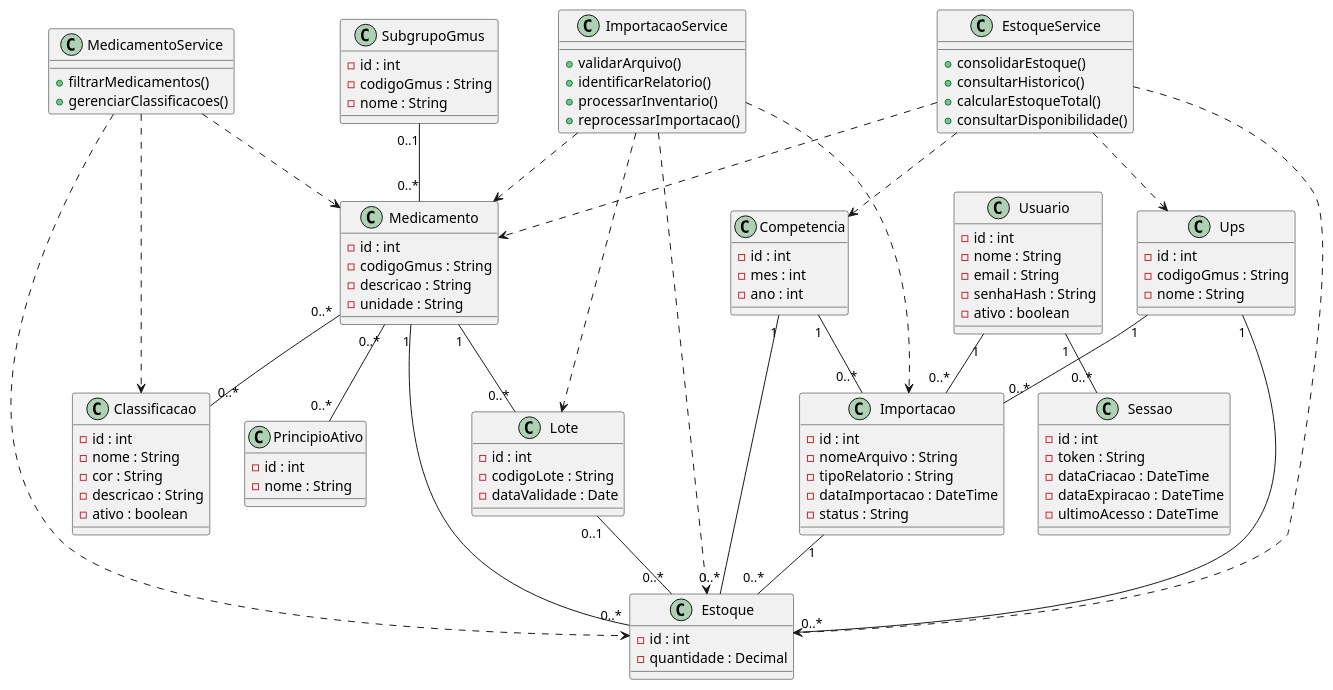
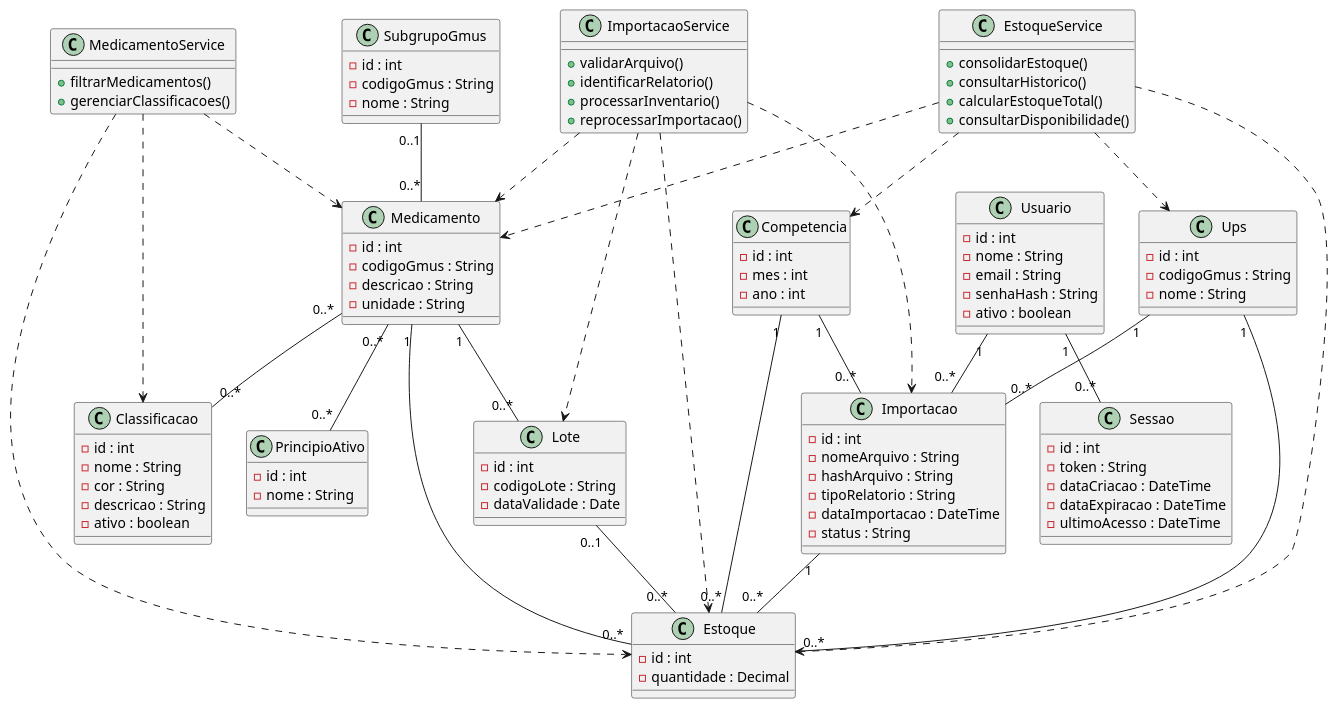
One commit to mariaclarapp/stockflow changed the diagram in docs/diagramas/classes/diagrama-classes.puml. Above: the diagram before and after it, drawn with PlantUML. The commit also changed 12 other files, not shown here.

```diff
--- a/docs/diagramas/classes/diagrama-classes.puml
+++ b/docs/diagramas/classes/diagrama-classes.puml
@@ -1,126 +1,127 @@
 @startuml
 class Medicamento {
   - id : int
   - codigoGmus : String
   - descricao : String
   - unidade : String
 }
 
 class SubgrupoGmus {
   - id : int
   - codigoGmus : String
   - nome : String
 }
 
 class PrincipioAtivo {
   - id : int
   - nome : String
 }
 
 class Classificacao {
   - id : int
   - nome : String
   - cor : String
   - descricao : String
   - ativo : boolean
 }
 
 class Ups {
   - id : int
   - codigoGmus : String
   - nome : String
 }
 
 class Competencia {
   - id : int
   - mes : int
   - ano : int
 }
 
 class Lote {
   - id : int
   - codigoLote : String
   - dataValidade : Date
 }
 
 class Estoque {
   - id : int
   - quantidade : Decimal
 }
 
 class Importacao {
   - id : int
   - nomeArquivo : String
+  - hashArquivo : String
   - tipoRelatorio : String
   - dataImportacao : DateTime
   - status : String
 }
 
 class Usuario {
   - id : int
   - nome : String
   - email : String
   - senhaHash : String
   - ativo : boolean
 }
 
 class Sessao {
   - id : int
   - token : String
   - dataCriacao : DateTime
   - dataExpiracao : DateTime
   - ultimoAcesso : DateTime
 }
 
 class ImportacaoService {
   + validarArquivo()
   + identificarRelatorio()
   + processarInventario()
   + reprocessarImportacao()
 }
 
 class EstoqueService {
   + consolidarEstoque()
   + consultarHistorico()
   + calcularEstoqueTotal()
   + consultarDisponibilidade()
 }
 
 class MedicamentoService {
   + filtrarMedicamentos()
   + gerenciarClassificacoes()
 }
 
 SubgrupoGmus "0..1" -- "0..*" Medicamento
 
 Medicamento "0..*" -- "0..*" PrincipioAtivo
 Medicamento "0..*" -- "0..*" Classificacao
 
 Medicamento "1" -- "0..*" Lote
 Medicamento "1" -- "0..*" Estoque
 
 Ups "1" -- "0..*" Estoque
 Competencia "1" -- "0..*" Estoque
 Lote "0..1" -- "0..*" Estoque
 Importacao "1" -- "0..*" Estoque
 
 Usuario "1" -- "0..*" Importacao
 Usuario "1" -- "0..*" Sessao
 
 Ups "1" -- "0..*" Importacao
 Competencia "1" -- "0..*" Importacao
 
 ImportacaoService ..> Importacao
 ImportacaoService ..> Estoque
 ImportacaoService ..> Medicamento
 ImportacaoService ..> Lote
 
 EstoqueService ..> Estoque
 EstoqueService ..> Medicamento
 EstoqueService ..> Competencia
 EstoqueService ..> Ups
 
 MedicamentoService ..> Medicamento
 MedicamentoService ..> Classificacao
 MedicamentoService ..> Estoque
 @enduml
```
